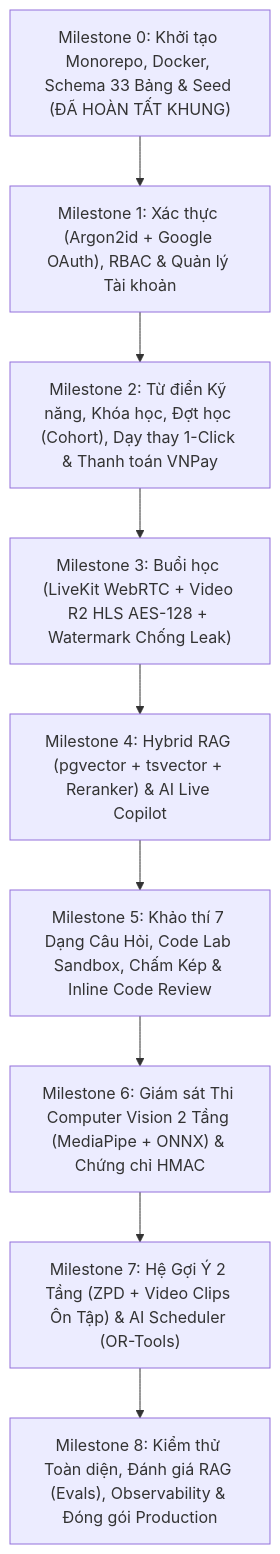
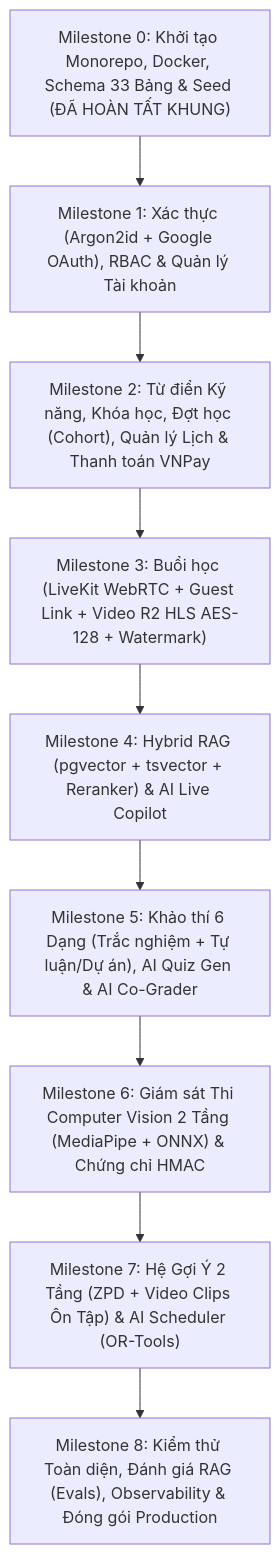
The diagram in docs/05-implementation-roadmap.md (trannguyensonthanh/3TAcademy), drawn with Mermaid before and after one commit. The commit also changed other lines of this file and 23 other files, not shown here.

Commit message:
refactor(architecture): streamline cohort schema, add LiveKit guest token, replace code sandbox with AI Co-Grader & quiz-based completion

````diff
--- a/docs/05-implementation-roadmap.md
+++ b/docs/05-implementation-roadmap.md
@@ -9,14 +9,14 @@
 ```mermaid
 flowchart TD
     M0["Milestone 0: Khởi tạo Monorepo, Docker, Schema 33 Bảng & Seed (ĐÃ HOÀN TẤT KHUNG)"]
     M1["Milestone 1: Xác thực (Argon2id + Google OAuth), RBAC & Quản lý Tài khoản"]
-    M2["Milestone 2: Từ điển Kỹ năng, Khóa học, Đợt học (Cohort), Dạy thay 1-Click & Thanh toán VNPay"]
-    M3["Milestone 3: Buổi học (LiveKit WebRTC + Video R2 HLS AES-128 + Watermark Chống Leak)"]
+    M2["Milestone 2: Từ điển Kỹ năng, Khóa học, Đợt học (Cohort), Quản lý Lịch & Thanh toán VNPay"]
+    M3["Milestone 3: Buổi học (LiveKit WebRTC + Guest Link + Video R2 HLS AES-128 + Watermark)"]
     M4["Milestone 4: Hybrid RAG (pgvector + tsvector + Reranker) & AI Live Copilot"]
-    M5["Milestone 5: Khảo thí 7 Dạng Câu Hỏi, Code Lab Sandbox, Chấm Kép & Inline Code Review"]
+    M5["Milestone 5: Khảo thí 6 Dạng (Trắc nghiệm + Tự luận/Dự án), AI Quiz Gen & AI Co-Grader"]
     M6["Milestone 6: Giám sát Thi Computer Vision 2 Tầng (MediaPipe + ONNX) & Chứng chỉ HMAC"]
     M7["Milestone 7: Hệ Gợi Ý 2 Tầng (ZPD + Video Clips Ôn Tập) & AI Scheduler (OR-Tools)"]
     M8["Milestone 8: Kiểm thử Toàn diện, Đánh giá RAG (Evals), Observability & Đóng gói Production"]
 
     M0 --> M1 --> M2 --> M3 --> M4 --> M5 --> M6 --> M7 --> M8
 ```
````
